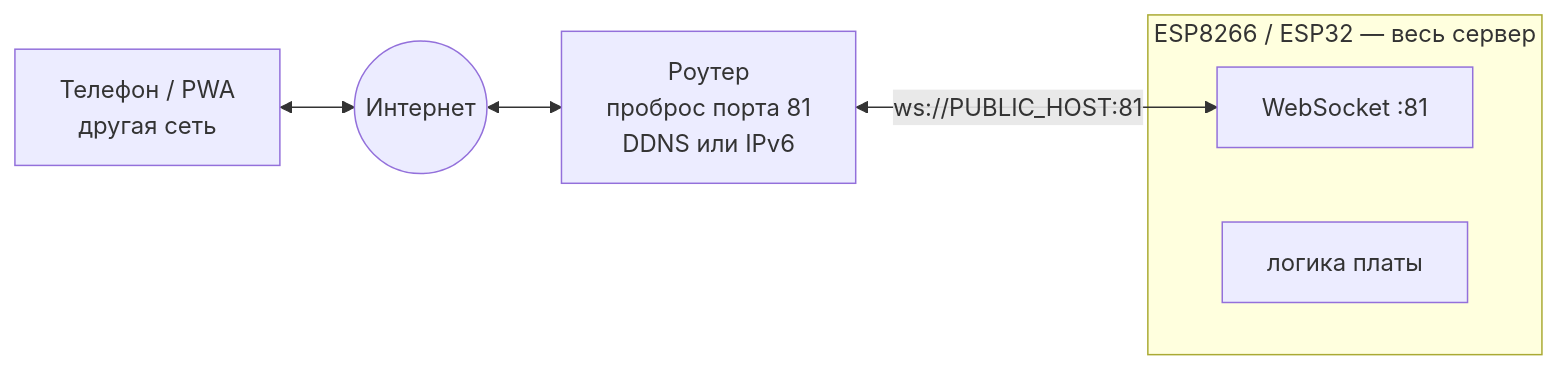
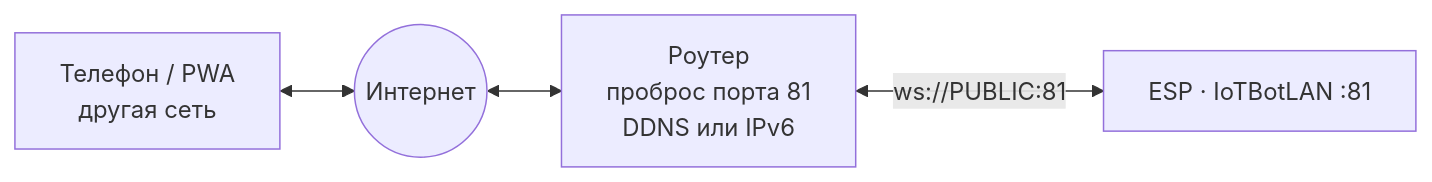
One commit to hegoleg/IOT-MESSENGER changed the third of 4 diagrams in obsidian/12 Режимы работы.md. Above: the diagram before and after it, drawn with Mermaid. The commit also changed other lines of this file and 18 other files, not shown here.

Commit message:
Add Telegram-like relay deployment kit and diagrams

````diff
--- a/obsidian/12 Режимы работы.md
+++ b/obsidian/12 Режимы работы.md
@@ -35,11 +63,8 @@
 ```mermaid
 flowchart LR
   Phone["Телефон / PWA<br/>другая сеть"]
   Internet(("Интернет"))
   Router["Роутер<br/>проброс порта 81<br/>DDNS или IPv6"]
-  subgraph ESP["ESP8266 / ESP32 — весь сервер"]
-    WS["WebSocket :81"]
-    LOGIC["логика платы"]
-  end
-  Phone <--> Internet <--> Router <-->|"ws://PUBLIC_HOST:81"| WS
+  ESP["ESP · IoTBotLAN :81"]
+  Phone <--> Internet <--> Router <-->|"ws://PUBLIC:81"| ESP
 ```
````
